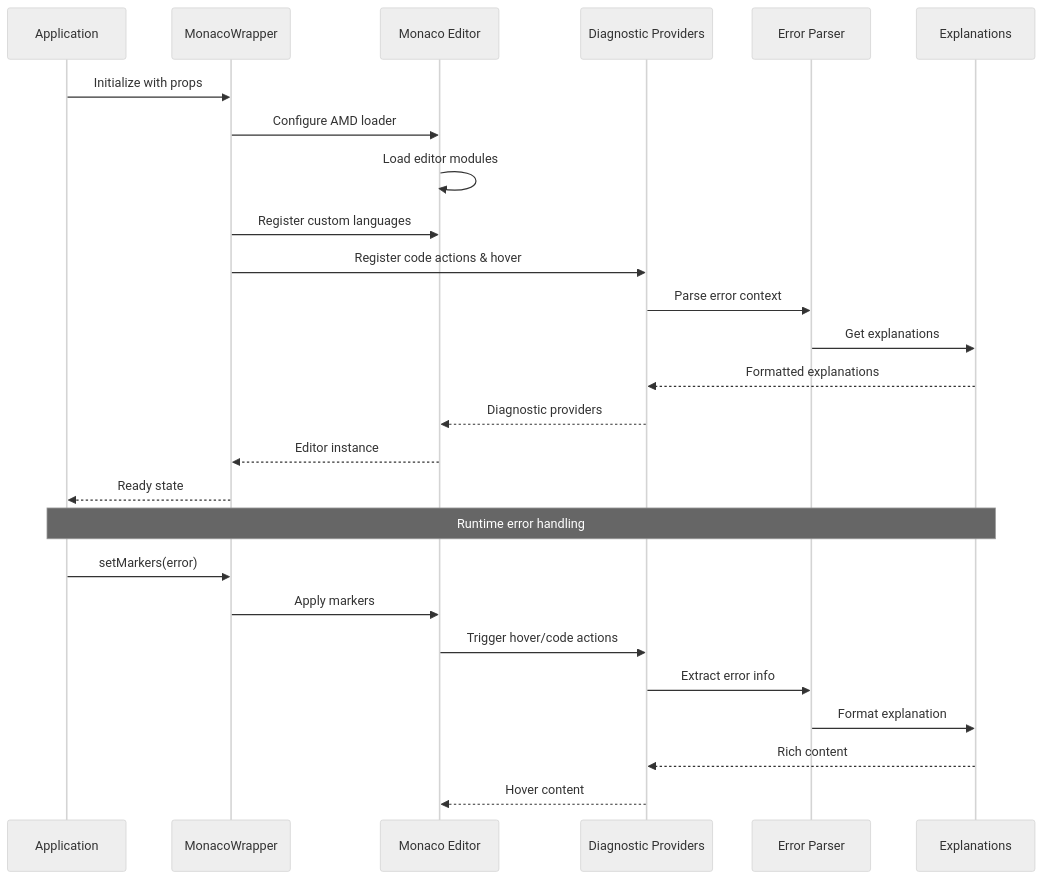
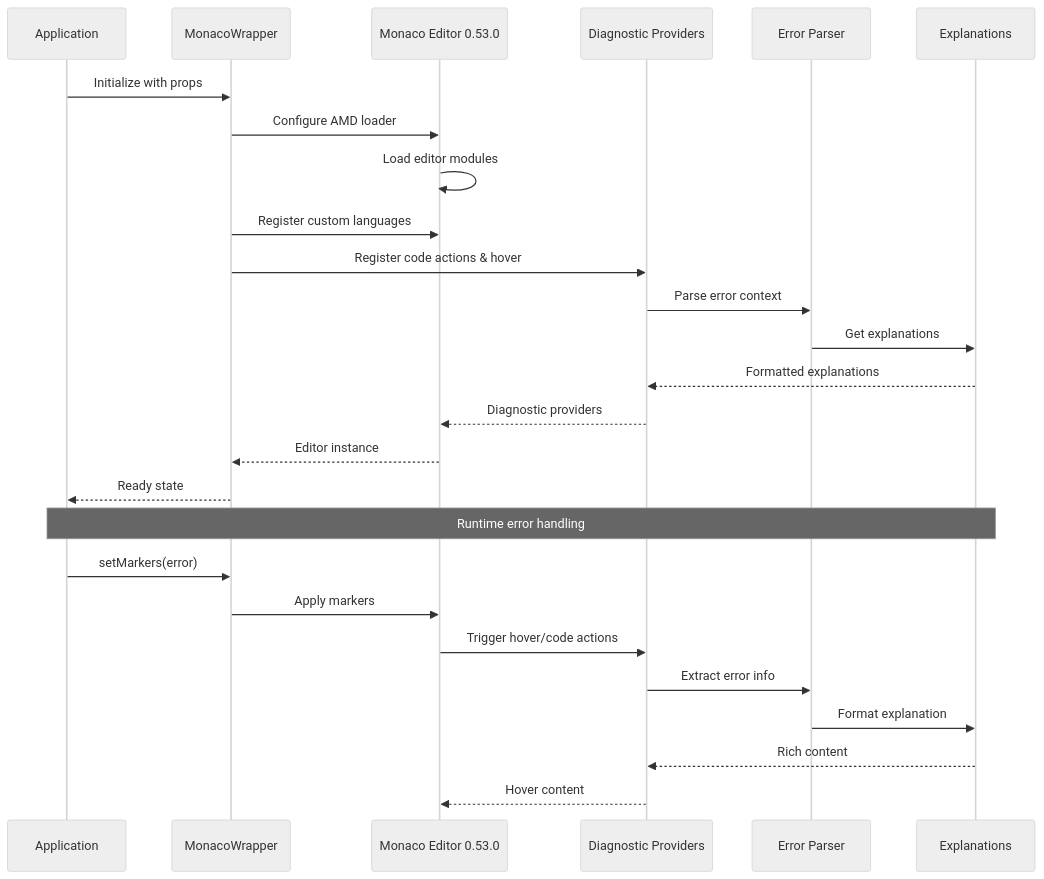
The second of 4 diagrams in .qoder/repowiki/en/content/Editor Architecture/Monaco Editor Integration.md (ongchonghian/universal-diagram-editor), drawn with Mermaid (neutral theme) before and after one commit. The commit also changed other lines of this file and 66 other files, not shown here.

First line of the commit message:
refactor: modernize codebase with Vite build system and modular React architecture

````diff
--- a/.qoder/repowiki/en/content/Editor Architecture/Monaco Editor Integration.md
+++ b/.qoder/repowiki/en/content/Editor Architecture/Monaco Editor Integration.md
@@ -142,28 +171,28 @@
 ```mermaid
 sequenceDiagram
 participant App as Application
 participant Wrapper as MonacoWrapper
-participant Monaco as Monaco Editor
+participant Monaco as Monaco Editor 0.53.0
 participant Providers as Diagnostic Providers
 participant Parser as Error Parser
 participant Explanations as Explanations
 App->>Wrapper : Initialize with props
 Wrapper->>Monaco : Configure AMD loader
 Monaco->>Monaco : Load editor modules
 Wrapper->>Monaco : Register custom languages
 Wrapper->>Providers : Register code actions & hover
 Providers->>Parser : Parse error context
 Parser->>Explanations : Get explanations
 Explanations-->>Providers : Formatted explanations
 Providers-->>Monaco : Diagnostic providers
 Monaco-->>Wrapper : Editor instance
 Wrapper-->>App : Ready state
 Note over App,Explanations : Runtime error handling
 App->>Wrapper : setMarkers(error)
 Wrapper->>Monaco : Apply markers
 Monaco->>Providers : Trigger hover/code actions
 Providers->>Parser : Extract error info
 Parser->>Explanations : Format explanation
 Explanations-->>Providers : Rich content
 Providers-->>Monaco : Hover content
 ```
````
